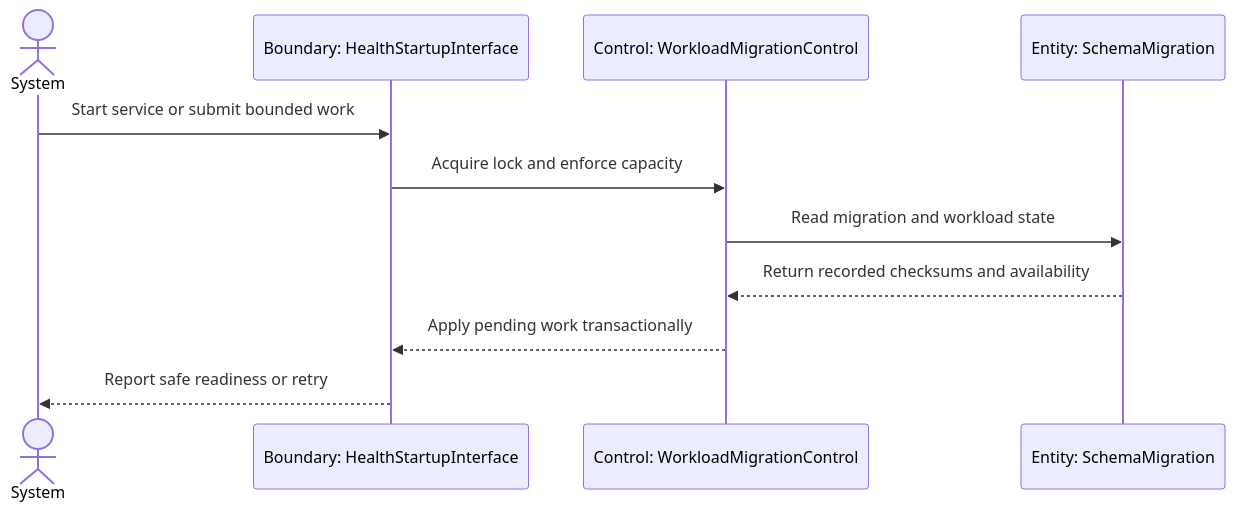
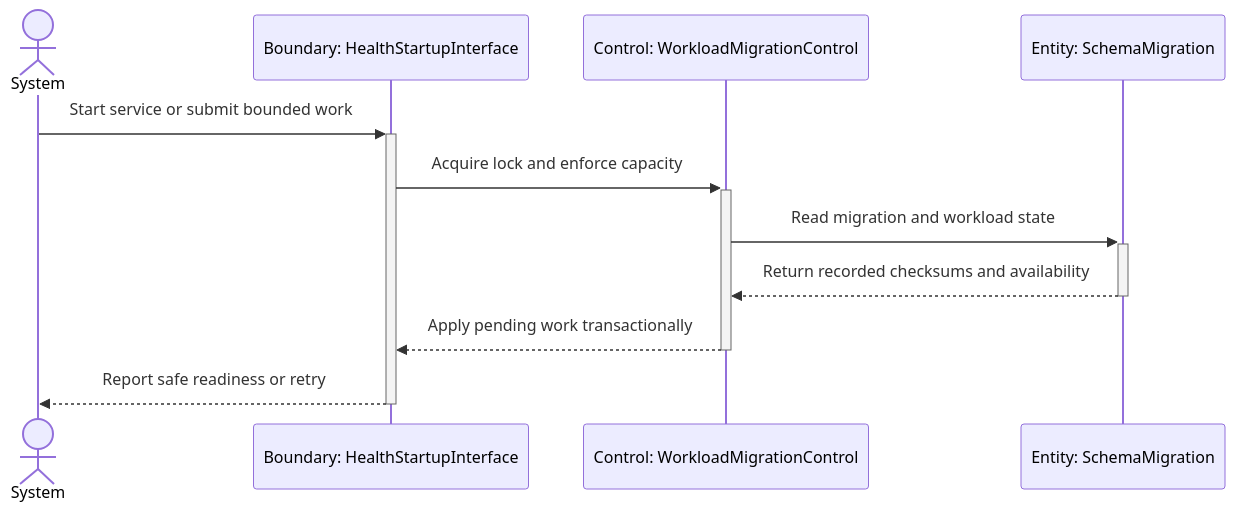
Before and after one commit to zhabgjialu2003-sudo/Counting-Maize-Tassels-in-the-Wild-via-Deep-Neural-Network: the diagram in docs/design/uml/story-extensions/e-8/sequence.mmd, drawn with Mermaid. The commit also changed 32 other files, not shown here.

First line of the commit message:
docs(diagrams): add sequence activation bars

```diff
--- a/docs/design/uml/story-extensions/e-8/sequence.mmd
+++ b/docs/design/uml/story-extensions/e-8/sequence.mmd
@@ -1,11 +1,11 @@
 sequenceDiagram
 actor System as System
 participant HealthStartupInterface as Boundary: HealthStartupInterface
 participant WorkloadMigrationControl as Control: WorkloadMigrationControl
 participant SchemaMigration as Entity: SchemaMigration
-System->>HealthStartupInterface: Start service or submit bounded work
-HealthStartupInterface->>WorkloadMigrationControl: Acquire lock and enforce capacity
-WorkloadMigrationControl->>SchemaMigration: Read migration and workload state
-SchemaMigration-->>WorkloadMigrationControl: Return recorded checksums and availability
-WorkloadMigrationControl-->>HealthStartupInterface: Apply pending work transactionally
-HealthStartupInterface-->>System: Report safe readiness or retry
+System->>+HealthStartupInterface: Start service or submit bounded work
+HealthStartupInterface->>+WorkloadMigrationControl: Acquire lock and enforce capacity
+WorkloadMigrationControl->>+SchemaMigration: Read migration and workload state
+SchemaMigration-->>-WorkloadMigrationControl: Return recorded checksums and availability
+WorkloadMigrationControl-->>-HealthStartupInterface: Apply pending work transactionally
+HealthStartupInterface-->>-System: Report safe readiness or retry
```
